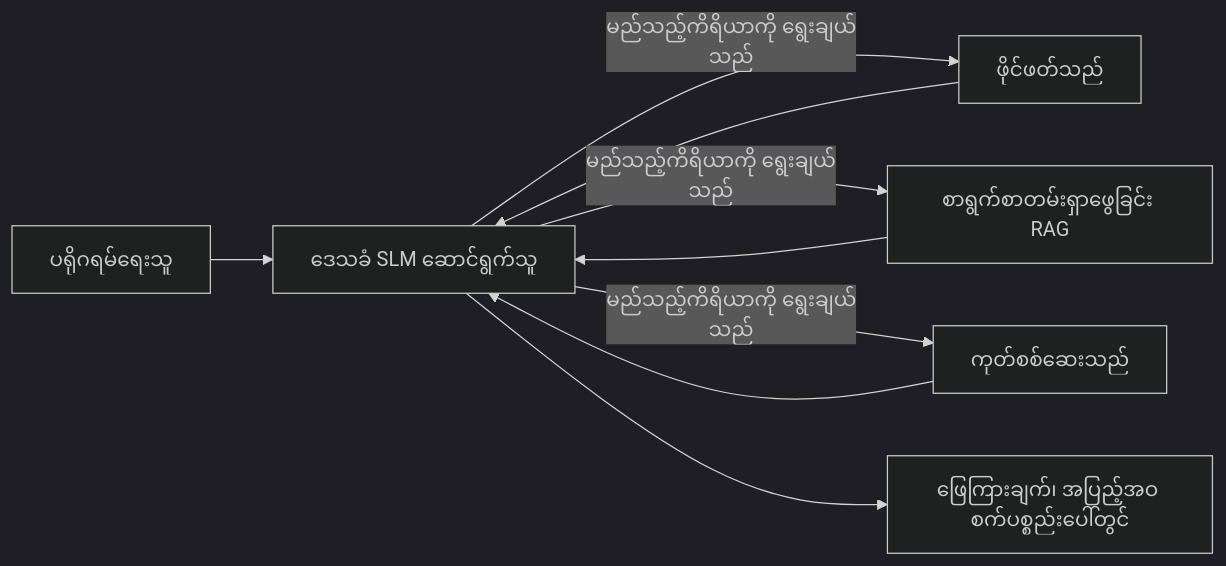
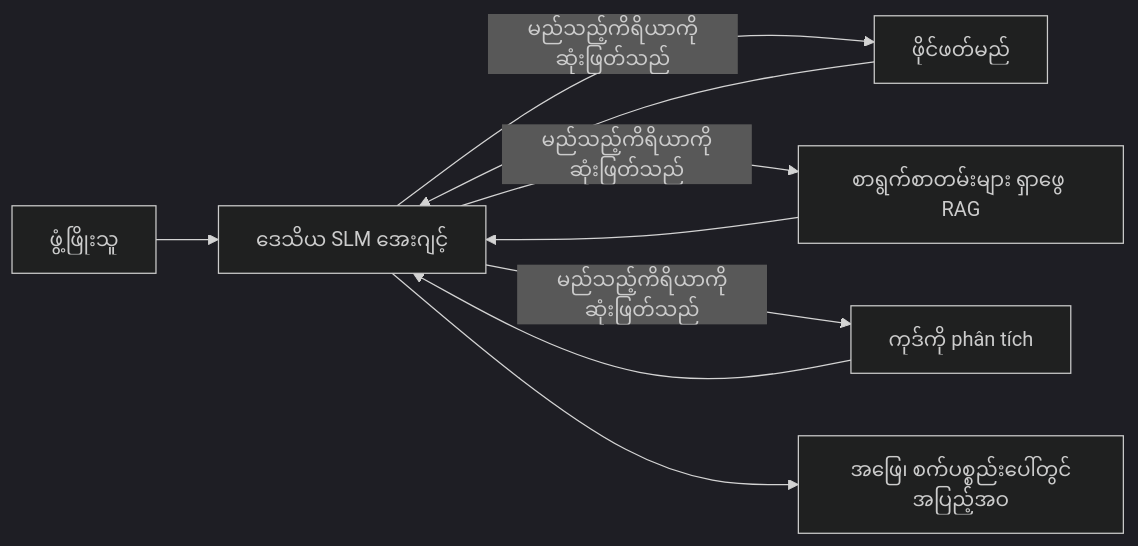
The first of 4 diagrams in mirrors/repos/microsoft@ai-agents-for-beginners/translations/my/17-creating-local-ai-agents/README.md (gabrielmoreira/agent-skills-mirror), drawn with Mermaid (dark theme) before and after one commit. The commit also changed other lines of this file and 4262 other files, not shown here.

````diff
--- a/mirrors/repos/microsoft@ai-agents-for-beginners/translations/my/17-creating-local-ai-agents/README.md
+++ b/mirrors/repos/microsoft@ai-agents-for-beginners/translations/my/17-creating-local-ai-agents/README.md
@@ -66,11 +66,11 @@
 ```mermaid
 flowchart LR
-    U[ပရိုဂရမ်ရေးသူ] --> A[ဒေသခံ SLM ဆောင်ရွက်သူ]
-    A -->|မည်သည့်ကိရိယာကို ရွေးချယ်သည်| T1[ဖိုင်ဖတ်သည်]
-    A -->|မည်သည့်ကိရိယာကို ရွေးချယ်သည်| T2[စာရွက်စာတမ်းရှာဖွေခြင်း RAG]
-    A -->|မည်သည့်ကိရိယာကို ရွေးချယ်သည်| T3[ကုတ်စစ်ဆေးသည်]
+    U[ဖွံ့ဖြိုးသူ] --> A[ဒေသိယ SLM အေးဂျင့်]
+    A -->|မည်သည့်ကိရိယာကိုဆုံးဖြတ်သည်| T1[ဖိုင်ဖတ်မည်]
+    A -->|မည်သည့်ကိရိယာကိုဆုံးဖြတ်သည်| T2[စာရွက်စာတမ်းများ ရှာဖွေ RAG]
+    A -->|မည်သည့်ကိရိယာကိုဆုံးဖြတ်သည်| T3[ကုဒ်ကို phân tích]
     T1 --> A
     T2 --> A
     T3 --> A
-    A --> R[ဖြေကြားချက်၊ အပြည့်အဝ စက်ပစ္စည်းပေါ်တွင်]
+    A --> R[အဖြေ၊ စက်ပစ္စည်းပေါ်တွင်အပြည့်အဝ]
 ```
````
